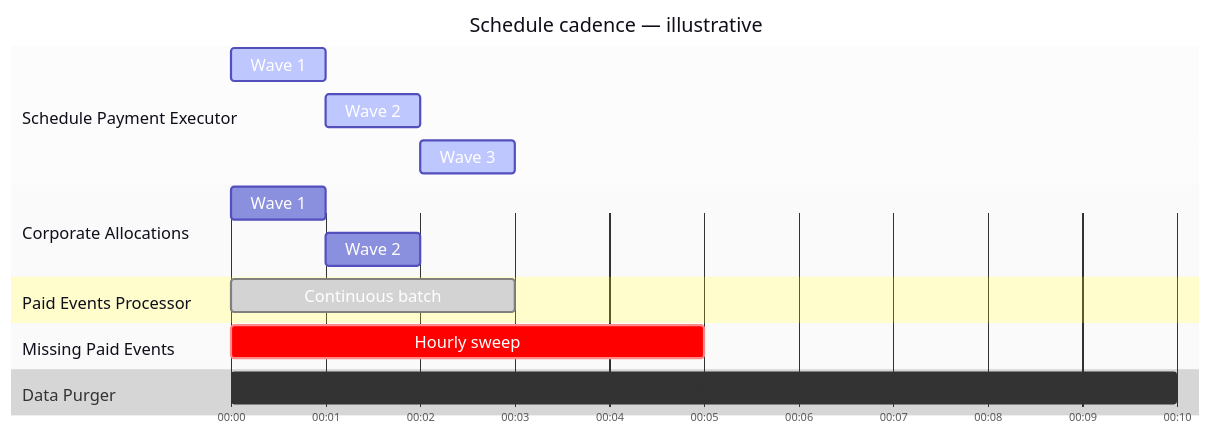
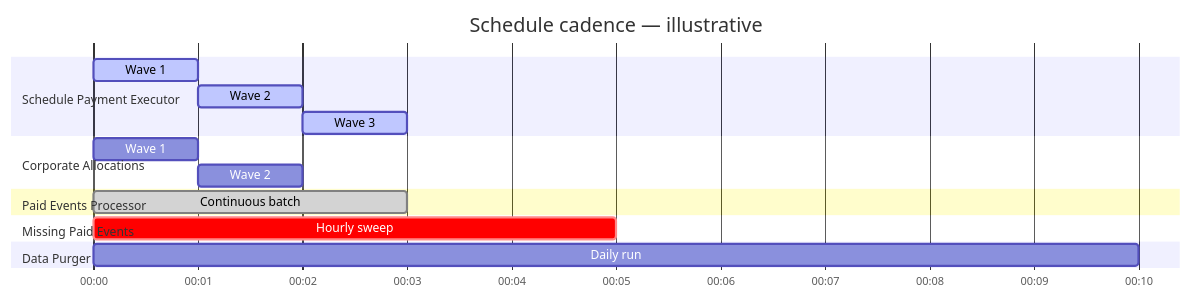
Before and after one commit to arunav-bhattacharya/billpay-docs: the first of 2 diagrams in docs/design/journeys/schedulers.md, drawn with Mermaid. The commit also changed 12 other files, not shown here.

````diff
--- a/docs/design/journeys/schedulers.md
+++ b/docs/design/journeys/schedulers.md
@@ -26,50 +26,50 @@
 ```mermaid
 %%{init: {
   'themeVariables': {
     'fontSize': '15px',
-    'fontFamily': 'JetBrains Mono, monospace',
+    'fontFamily': 'ui-monospace, "SF Mono", SFMono-Regular, Menlo, Consolas, monospace',
     'titleColor': '#0F0F1A',
     'sectionBkgColor': 'rgba(15,42,74,0.05)',
     'altSectionBkgColor': 'rgba(15,42,74,0.10)',
     'taskTextColor': '#ffffff',
     'taskTextLightColor': '#0F0F1A',
     'taskTextOutsideColor': '#0F0F1A',
     'taskTextDarkColor': '#ffffff',
     'gridColor': 'rgba(148,163,184,0.30)'
   },
   'gantt': {
     'leftPadding': 200,
     'rightPadding': 40,
     'topPadding': 40,
     'barHeight': 30,
     'barGap': 12,
     'sectionFontSize': 15,
     'fontSize': 15,
     'gridLineStartPadding': 200,
     'numberSectionStyles': 5,
     'useMaxWidth': true
   }
 }}%%
 gantt
   title Schedule cadence — illustrative
   dateFormat  HH:mm
   axisFormat  %H:%M
 
   section Schedule Payment Executor
   Wave 1  :active, a1, 00:00, 1m
   Wave 2  :active, a2, 00:01, 1m
   Wave 3  :active, a3, 00:02, 1m
 
   section Corporate Allocations
   Wave 1                    :b1, 00:00, 1m
   Wave 2                    :b2, 00:01, 1m
 
   section Paid Events Processor
   Continuous batch          :done, c1, 00:00, 3m
 
   section Missing Paid Events
   Hourly sweep              :crit, d1, 00:00, 5m
 
   section Data Purger
   Daily run                 :e1, 00:00, 10m
 ```
````
